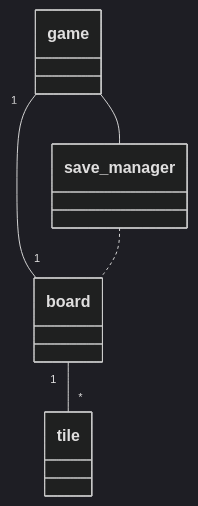
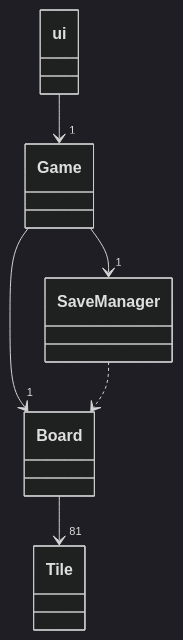
The first of 7 diagrams in dokumentaatio/arkkitehtuuri.md (Jhy9/ot-harjoitustyo), drawn with Mermaid (dark theme) before and after one commit. The commit also changed other lines of this file, not shown here.

````diff
--- a/dokumentaatio/arkkitehtuuri.md
+++ b/dokumentaatio/arkkitehtuuri.md
@@ -2,9 +5,10 @@
 ```mermaid
 classDiagram
 
-game "1"--"1" board
-board "1"--"*" tile
-game -- save_manager
-save_manager .. board
+ui -->"1" Game
+Game -->"1" Board
+Board -->"81" Tile
+Game -->"1" SaveManager
+SaveManager ..> Board
 
 ```
````
